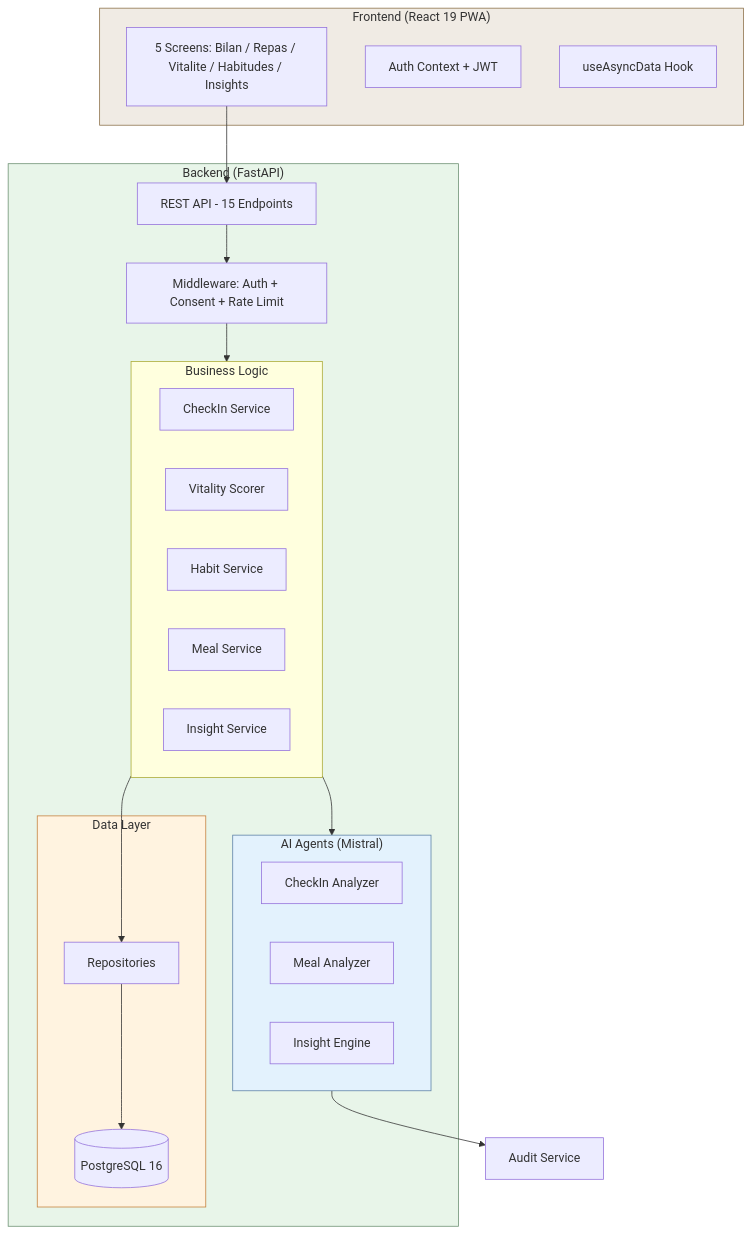
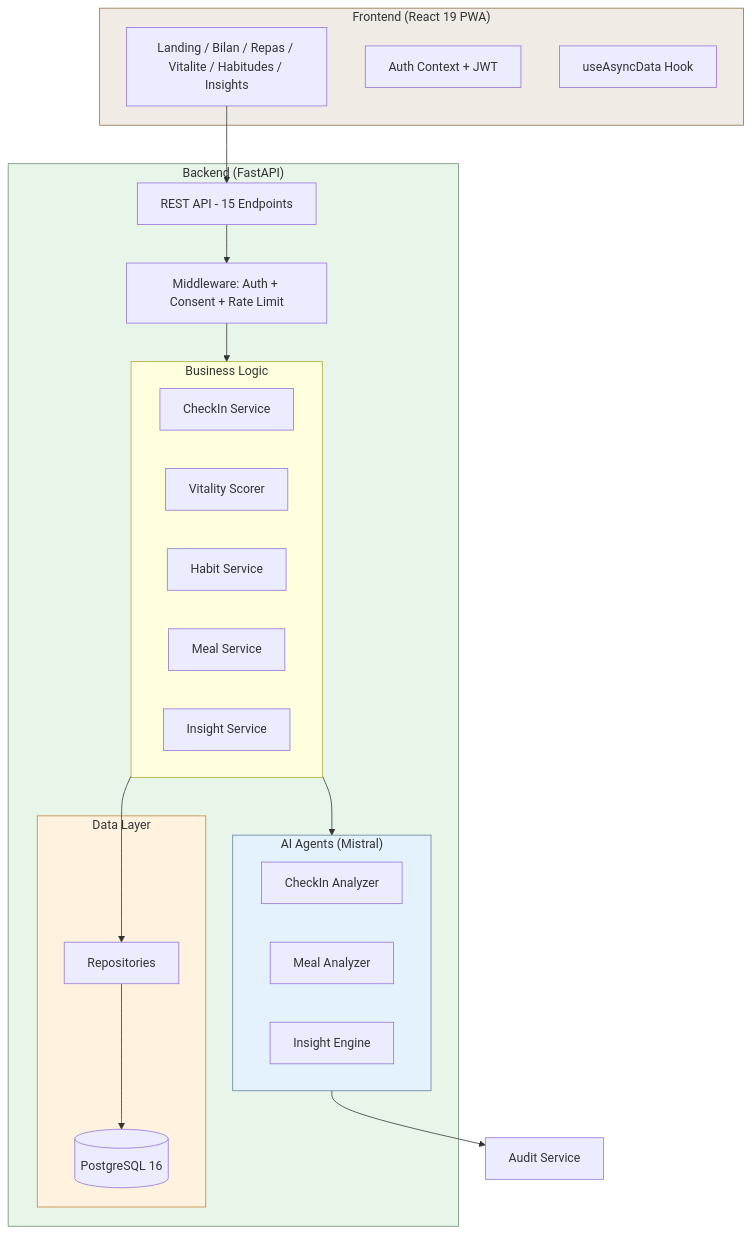
Before and after one commit to soneeee22000/vitalage: the first of 2 diagrams in README.md, drawn with Mermaid. The commit also changed other lines of this file and 1 other file, not shown here.

````diff
--- a/README.md
+++ b/README.md
@@ -41,43 +43,43 @@
 ```mermaid
 graph TB
     subgraph Frontend["Frontend (React 19 PWA)"]
-        UI[5 Screens: Bilan / Repas / Vitalite / Habitudes / Insights]
+        UI[Landing / Bilan / Repas / Vitalite / Habitudes / Insights]
         Auth[Auth Context + JWT]
         Hook[useAsyncData Hook]
     end
 
     subgraph Backend["Backend (FastAPI)"]
         API[REST API - 15 Endpoints]
         MW[Middleware: Auth + Consent + Rate Limit]
 
         subgraph Agents["AI Agents (Mistral)"]
             CA[CheckIn Analyzer]
             MA[Meal Analyzer]
             IE[Insight Engine]
         end
 
         subgraph Services["Business Logic"]
             CS[CheckIn Service]
             VS[Vitality Scorer]
             HS[Habit Service]
             MS[Meal Service]
             IS[Insight Service]
         end
 
         subgraph Data["Data Layer"]
             Repo[Repositories]
             DB[(PostgreSQL 16)]
         end
     end
 
     UI --> API
     API --> MW --> Services
     Services --> Agents
     Services --> Repo --> DB
     Agents --> Audit[Audit Service]
 
     style Frontend fill:#f0ebe4,stroke:#8b6f47
     style Backend fill:#e8f5e9,stroke:#6b8f71
     style Agents fill:#e3f2fd,stroke:#5b7fa5
     style Data fill:#fff3e0,stroke:#c47f3a
 ```
````
